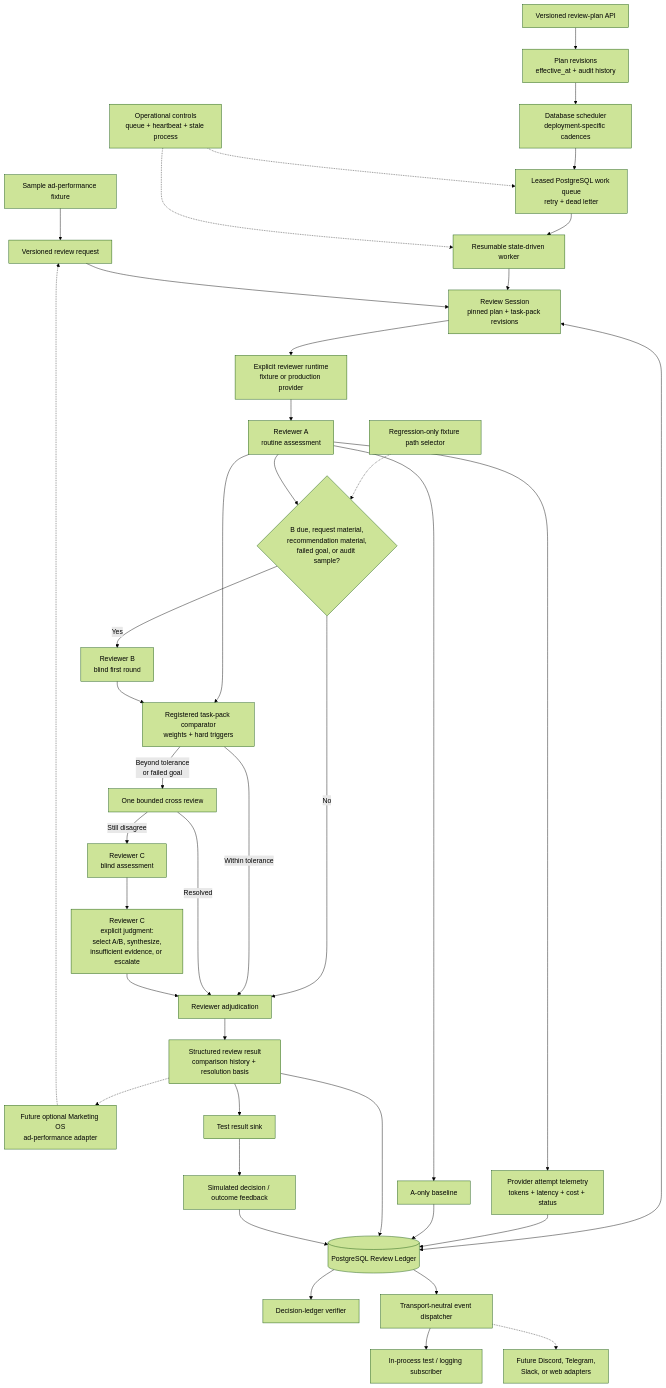
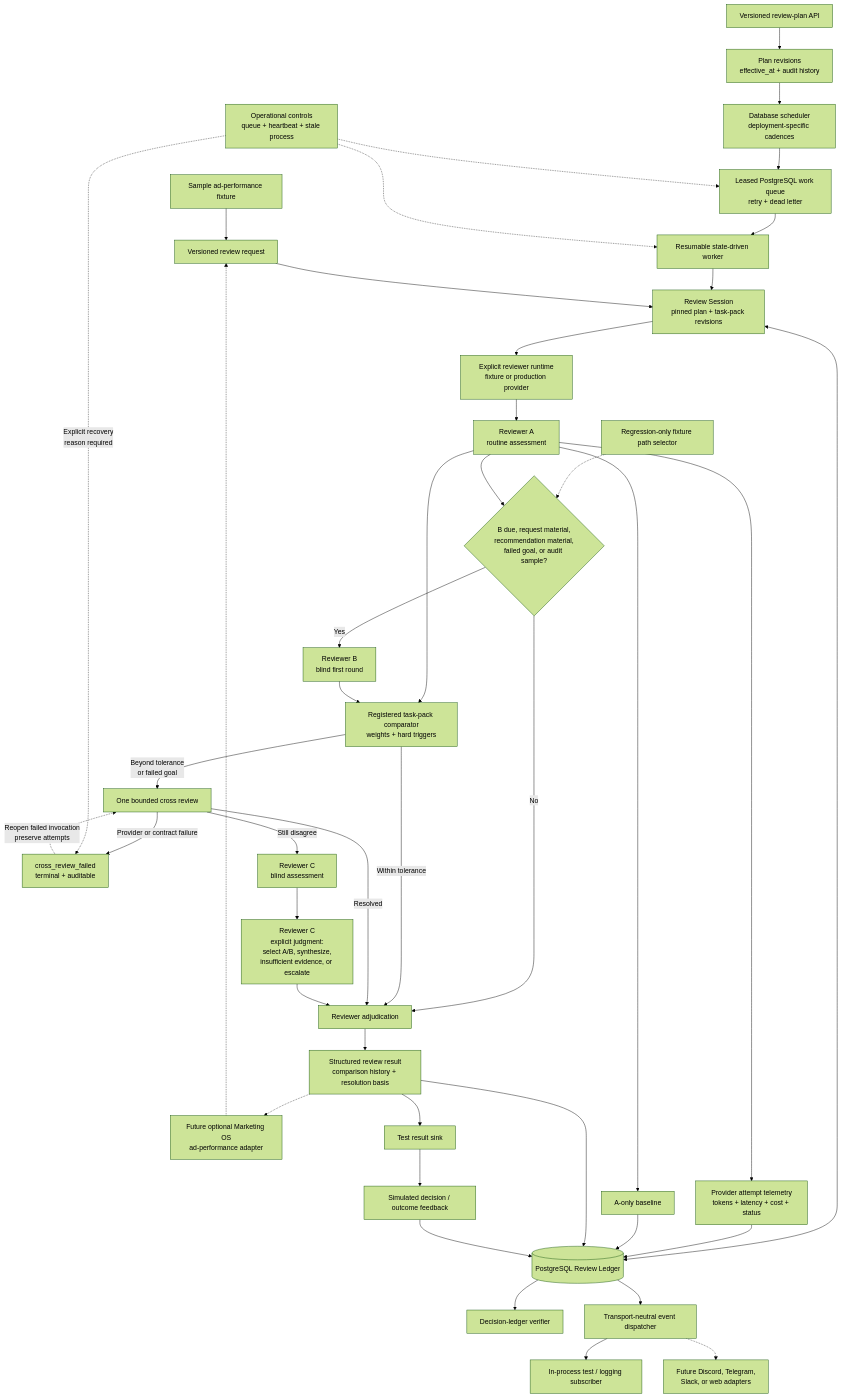
One commit to 0xZanderPander/CONCLAVE changed the diagram in MVP_architecture_flow.mmd. Above: the diagram before and after it, drawn with Mermaid (forest theme). The commit also changed 32 other files, not shown here.

Commit message:
Implement Phase 4B review contracts and recovery

```diff
--- a/MVP_architecture_flow.mmd
+++ b/MVP_architecture_flow.mmd
@@ -1,42 +1,45 @@
 flowchart TB
     Fixture["Sample ad-performance fixture"] --> Request["Versioned review request"]
     FutureMarketing["Future optional Marketing OS<br/>ad-performance adapter"] -.-> Request
     PlanAPI["Versioned review-plan API"] --> Plans["Plan revisions<br/>effective_at + audit history"]
     Plans --> Scheduler["Database scheduler<br/>deployment-specific cadences"]
     Scheduler --> Queue["Leased PostgreSQL work queue<br/>retry + dead letter"]
     Queue --> Worker["Resumable state-driven worker"]
     Worker --> Session["Review Session<br/>pinned plan + task-pack revisions"]
     Request --> Session
     Session <--> Ledger[("PostgreSQL Review Ledger")]
     Ops["Operational controls<br/>queue + heartbeat + stale process"] -.-> Queue
     Ops -.-> Worker
     FixturePath["Regression-only fixture path selector"] -.-> Expand
 
     Session --> Runtime["Explicit reviewer runtime<br/>fixture or production provider"]
     Runtime --> A["Reviewer A<br/>routine assessment"]
     A --> ProviderTelemetry["Provider attempt telemetry<br/>tokens + latency + cost + status"]
     ProviderTelemetry --> Ledger
     A --> Baseline["A-only baseline"]
     Baseline --> Ledger
     A --> Expand{"B due, request material,<br/>recommendation material,<br/>failed goal, or audit sample?"}
     Expand -->|"No"| Resolve["Reviewer adjudication"]
     Expand -->|"Yes"| B["Reviewer B<br/>blind first round"]
     A --> Compare["Registered task-pack comparator<br/>weights + hard triggers"]
     B --> Compare
     Compare -->|"Within tolerance"| Resolve
     Compare -->|"Beyond tolerance<br/>or failed goal"| Cross["One bounded cross review"]
+    Cross -->|"Provider or contract failure"| CrossFailed["cross_review_failed<br/>terminal + auditable"]
+    Ops -.->|"Explicit recovery<br/>reason required"| CrossFailed
+    CrossFailed -.->|"Reopen failed invocation<br/>preserve attempts"| Cross
     Cross -->|"Resolved"| Resolve
     Cross -->|"Still disagree"| CBlind["Reviewer C<br/>blind assessment"]
     CBlind --> CJudge["Reviewer C<br/>explicit judgment:<br/>select A/B, synthesize,<br/>insufficient evidence, or escalate"]
     CJudge --> Resolve
 
     Resolve --> Result["Structured review result<br/>comparison history + resolution basis"]
     Result --> Ledger
     Ledger --> Audit["Decision-ledger verifier"]
     Ledger --> Dispatcher["Transport-neutral event dispatcher"]
     Dispatcher --> TestSubscriber["In-process test / logging subscriber"]
     Dispatcher -.-> FutureTransports["Future Discord, Telegram,<br/>Slack, or web adapters"]
     Result --> TestSink["Test result sink"]
     TestSink --> Feedback["Simulated decision / outcome feedback"]
     Result -.-> FutureMarketing
     Feedback --> Ledger
```
